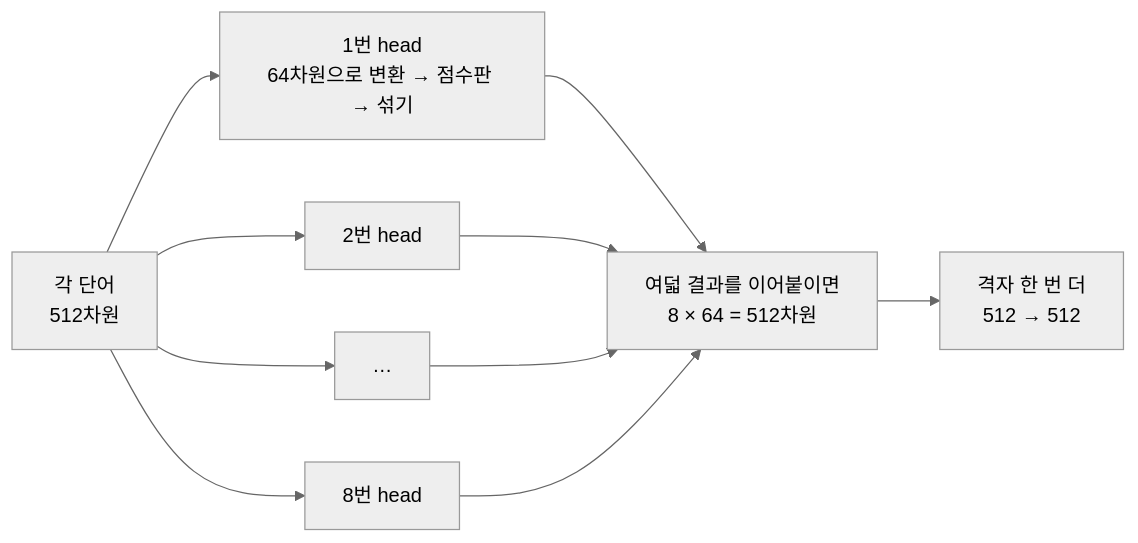
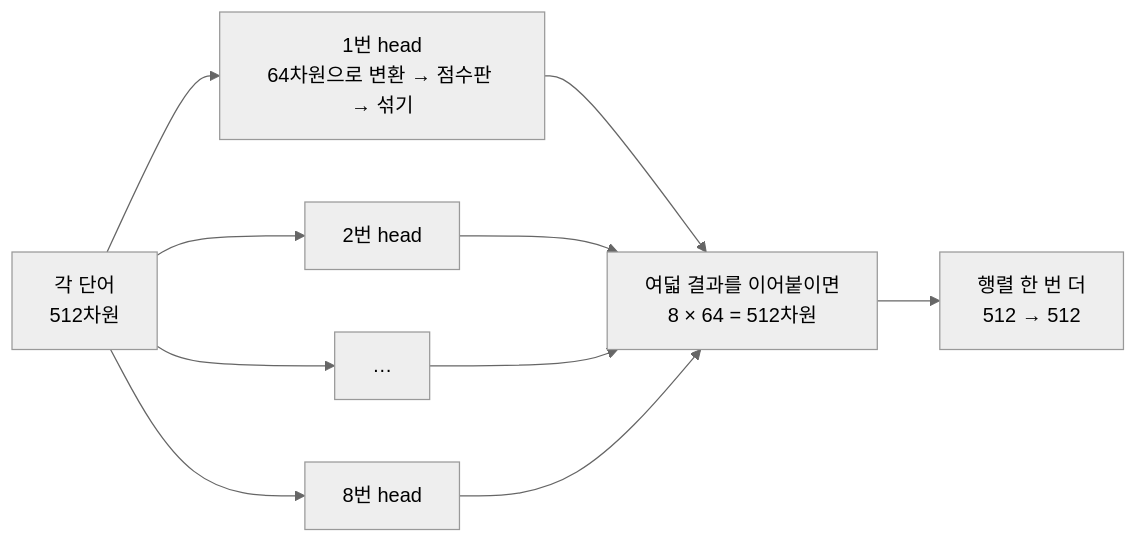
The fourth of 4 diagrams in paper-reviews/1706.03762-attention-is-all-you-need.qmd (qoal1201/qoal1201.github.io), drawn with Mermaid (neutral theme) before and after one commit. The commit also changed other lines of this file and 1 other file, not shown here.

````diff
--- a/paper-reviews/1706.03762-attention-is-all-you-need.qmd
+++ b/paper-reviews/1706.03762-attention-is-all-you-need.qmd
@@ -290,12 +290,12 @@
 ```{mermaid}
 flowchart LR
     E["각 단어<br/>512차원"] --> H1["1번 head<br/>64차원으로 변환 → 점수판 → 섞기"]
     E --> H2["2번 head"]
     E --> HD["…"]
     E --> H8["8번 head"]
     H1 --> C["여덟 결과를 이어붙이면<br/>8 × 64 = 512차원"]
     H2 --> C
     HD --> C
     H8 --> C
-    C --> O["격자 한 번 더<br/>512 → 512"]
+    C --> O["행렬 한 번 더<br/>512 → 512"]
 ```
````
